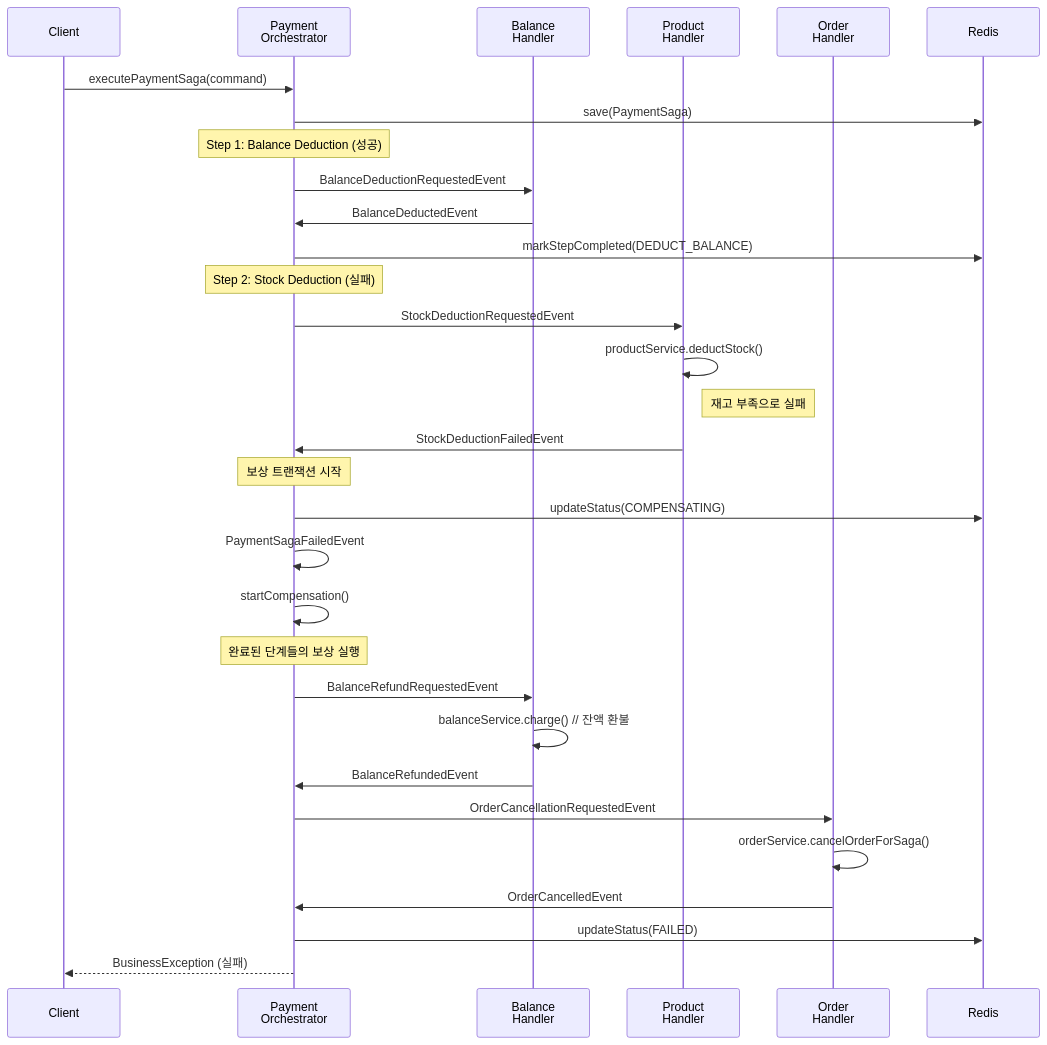
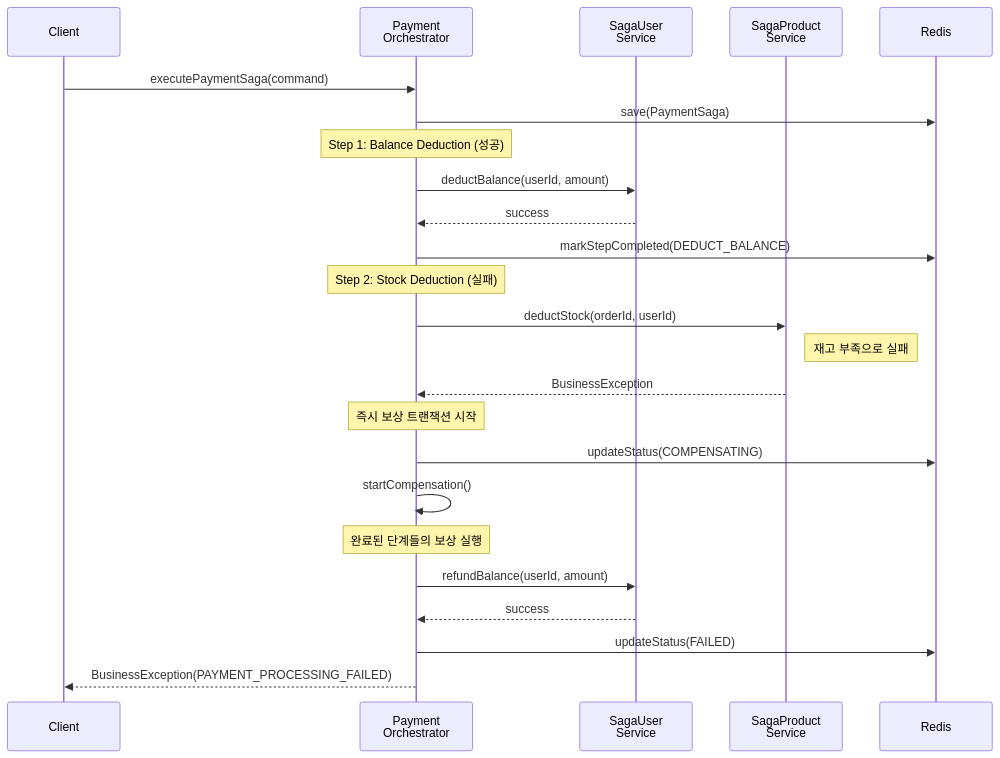
One commit to kbyunghoon/e-commerce changed the third of 5 diagrams in docs/report/08.msa_distributed_transaction_design.md. Above: the diagram before and after it, drawn with Mermaid. The commit also changed other lines of this file, not shown here.

````diff
--- a/docs/report/08.msa_distributed_transaction_design.md
+++ b/docs/report/08.msa_distributed_transaction_design.md
@@ -206,33 +235,31 @@
 ```mermaid
 sequenceDiagram
     participant Client
     participant PaymentOrchestrator as Payment<br/>Orchestrator
-    participant BalanceHandler as Balance<br/>Handler
-    participant ProductHandler as Product<br/>Handler
-    participant OrderHandler as Order<br/>Handler
+    participant SagaUserService as SagaUser<br/>Service
+    participant SagaProductService as SagaProduct<br/>Service
     participant Redis
     Client ->> PaymentOrchestrator: executePaymentSaga(command)
     PaymentOrchestrator ->> Redis: save(PaymentSaga)
+    
     Note over PaymentOrchestrator: Step 1: Balance Deduction (성공)
-    PaymentOrchestrator ->> BalanceHandler: BalanceDeductionRequestedEvent
-    BalanceHandler ->> PaymentOrchestrator: BalanceDeductedEvent
+    PaymentOrchestrator ->> SagaUserService: deductBalance(userId, amount)
+    SagaUserService -->> PaymentOrchestrator: success
     PaymentOrchestrator ->> Redis: markStepCompleted(DEDUCT_BALANCE)
+    
     Note over PaymentOrchestrator: Step 2: Stock Deduction (실패)
-    PaymentOrchestrator ->> ProductHandler: StockDeductionRequestedEvent
-    ProductHandler ->> ProductHandler: productService.deductStock()
-    Note right of ProductHandler: 재고 부족으로 실패
-    ProductHandler ->> PaymentOrchestrator: StockDeductionFailedEvent
-    Note over PaymentOrchestrator: 보상 트랜잭션 시작
+    PaymentOrchestrator ->> SagaProductService: deductStock(orderId, userId)
+    Note right of SagaProductService: 재고 부족으로 실패
+    SagaProductService -->> PaymentOrchestrator: BusinessException
+    
+    Note over PaymentOrchestrator: 즉시 보상 트랜잭션 시작
     PaymentOrchestrator ->> Redis: updateStatus(COMPENSATING)
-    PaymentOrchestrator ->> PaymentOrchestrator: PaymentSagaFailedEvent
     PaymentOrchestrator ->> PaymentOrchestrator: startCompensation()
+    
     Note over PaymentOrchestrator: 완료된 단계들의 보상 실행
-    PaymentOrchestrator ->> BalanceHandler: BalanceRefundRequestedEvent
-    BalanceHandler ->> BalanceHandler: balanceService.charge() // 잔액 환불
-    BalanceHandler ->> PaymentOrchestrator: BalanceRefundedEvent
-    PaymentOrchestrator ->> OrderHandler: OrderCancellationRequestedEvent
-    OrderHandler ->> OrderHandler: orderService.cancelOrderForSaga()
-    OrderHandler ->> PaymentOrchestrator: OrderCancelledEvent
+    PaymentOrchestrator ->> SagaUserService: refundBalance(userId, amount)
+    SagaUserService -->> PaymentOrchestrator: success
+    
     PaymentOrchestrator ->> Redis: updateStatus(FAILED)
-    PaymentOrchestrator -->> Client: BusinessException (실패)
+    PaymentOrchestrator -->> Client: BusinessException(PAYMENT_PROCESSING_FAILED)
 ```
````
